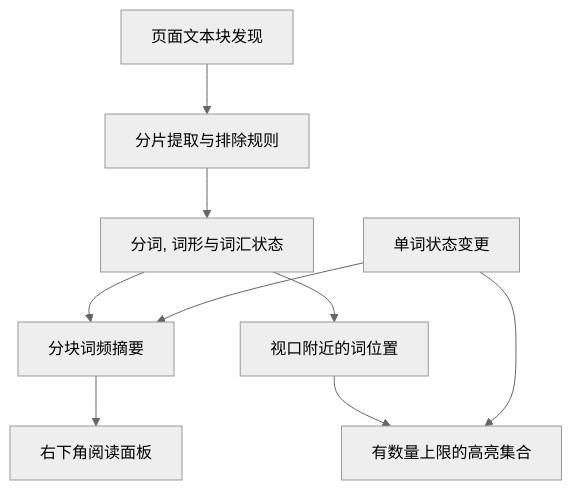
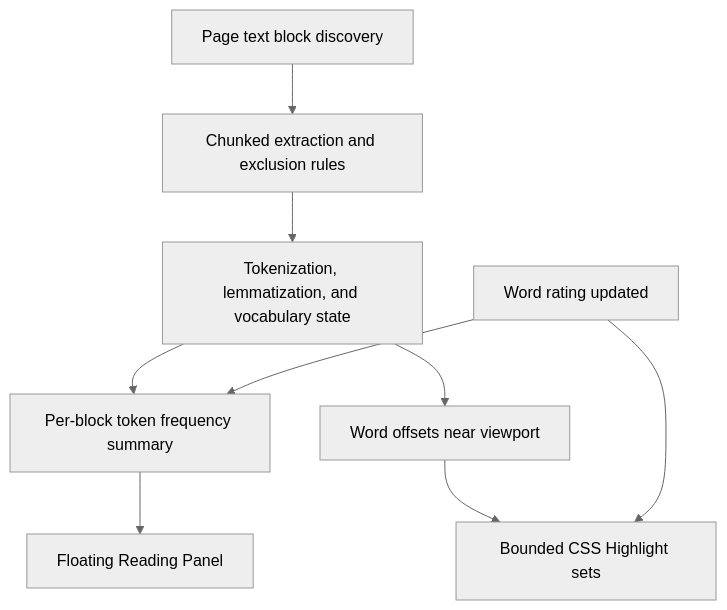
One commit to XFZAIMFQ/XGloss changed the diagram in PROJECT_PLAN.md. Above: the diagram before and after it, drawn with Mermaid (neutral theme). The commit also changed other lines of this file and 50 other files, not shown here.

````diff
--- a/PROJECT_PLAN.md
+++ b/PROJECT_PLAN.md
@@ -70,11 +66,11 @@
 ```mermaid
 flowchart TD
-    A[页面文本块发现] --> B[分片提取与排除规则]
-    B --> C[分词, 词形与词汇状态]
-    C --> D[分块词频摘要]
-    C --> E[视口附近的词位置]
-    D --> F[右下角阅读面板]
-    E --> G[有数量上限的高亮集合]
-    H[单词状态变更] --> D
+    A["Page text block discovery"] --> B["Chunked extraction and exclusion rules"]
+    B --> C["Tokenization, lemmatization, and vocabulary state"]
+    C --> D["Per-block token frequency summary"]
+    C --> E["Word offsets near viewport"]
+    D --> F["Floating Reading Panel"]
+    E --> G["Bounded CSS Highlight sets"]
+    H["Word rating updated"] --> D
     H --> G
 ```
````
